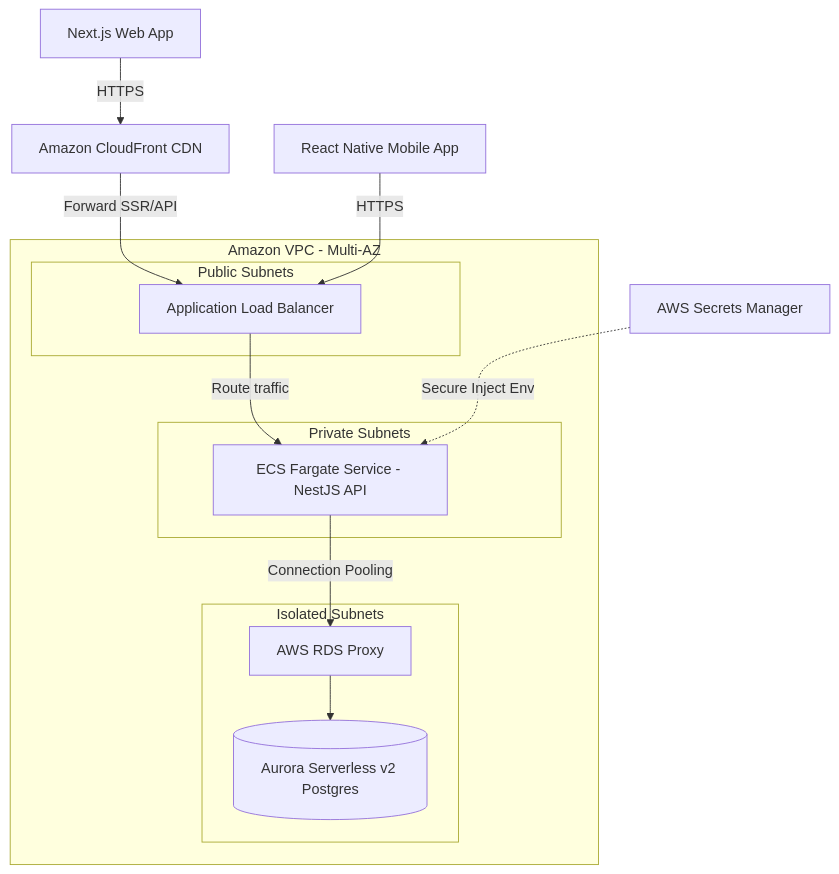
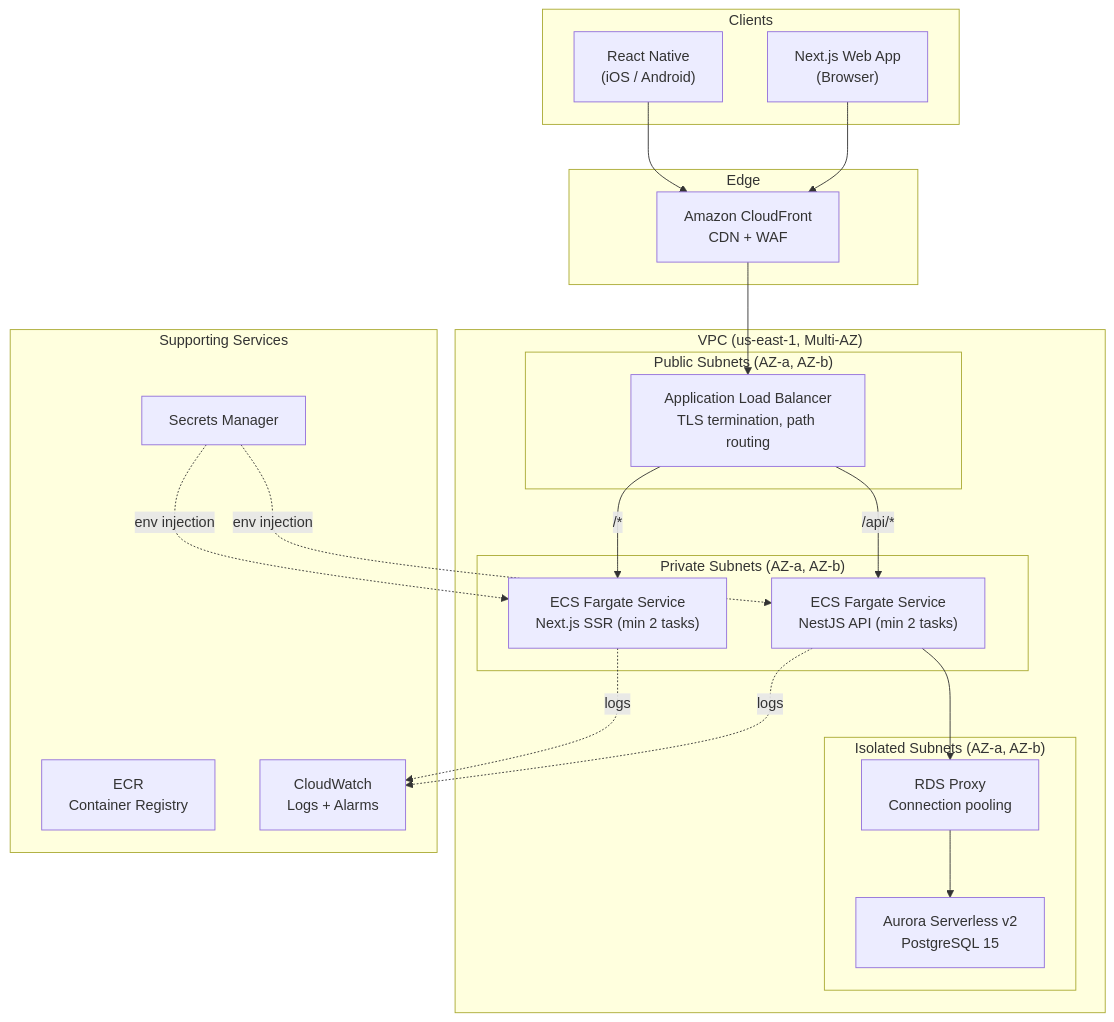
One commit to SupunPushpakumara/CDAZZDEV_Tech_Assessment changed the first of 2 diagrams in ARCHITECTURE.md. Above: the diagram before and after it, drawn with Mermaid. The commit also changed other lines of this file and 1 other file, not shown here.

Commit message:
docs: update project documentation, add architecture decisions, and document database schema enhancements

````diff
--- a/ARCHITECTURE.md
+++ b/ARCHITECTURE.md
@@ -9,27 +9,44 @@
 ```mermaid
 graph TD
-    ClientWeb[Next.js Web App] -->|HTTPS| CloudFront[Amazon CloudFront CDN]
-    CloudFront -->|Forward SSR/API| ALB[Application Load Balancer]
-    ClientMobile[React Native Mobile App] -->|HTTPS| ALB
-    
-    subgraph VPC [Amazon VPC - Multi-AZ]
-        subgraph PublicSubnets [Public Subnets]
-            ALB
+    subgraph Clients
+        Web["Next.js Web App<br/>(Browser)"]
+        Mobile["React Native<br/>(iOS / Android)"]
+    end
+
+    subgraph Edge
+        CF["Amazon CloudFront<br/>CDN + WAF"]
+    end
+
+    subgraph AWS_VPC["VPC (us-east-1, Multi-AZ)"]
+        subgraph Public["Public Subnets (AZ-a, AZ-b)"]
+            ALB["Application Load Balancer<br/>TLS termination, path routing"]
         end
-        
-        subgraph PrivateSubnets [Private Subnets]
-            ECS[ECS Fargate Service - NestJS API]
+
+        subgraph Private["Private Subnets (AZ-a, AZ-b)"]
+            ECS_API["ECS Fargate Service<br/>NestJS API (min 2 tasks)"]
+            ECS_WEB["ECS Fargate Service<br/>Next.js SSR (min 2 tasks)"]
         end
-        
-        subgraph IsolatedSubnets [Isolated Subnets]
-            Aurora[(Aurora Serverless v2 Postgres)]
-            RDSProxy[AWS RDS Proxy]
+
+        subgraph Isolated["Isolated Subnets (AZ-a, AZ-b)"]
+            RDSProxy["RDS Proxy<br/>Connection pooling"]
+            Aurora["Aurora Serverless v2<br/>PostgreSQL 15"]
         end
     end
-    
-    ALB -->|Route traffic| ECS
-    ECS -->|Connection Pooling| RDSProxy
-    RDSProxy --> Aurora
-    
-    Secrets[AWS Secrets Manager] -.->|Secure Inject Env| ECS
+
+    subgraph AWS_Services["Supporting Services"]
+        SM["Secrets Manager"]
+        ECR["ECR<br/>Container Registry"]
+        CW["CloudWatch<br/>Logs + Alarms"]
+    end
+
+    Web --> CF
+    Mobile --> CF
+    CF --> ALB
+    ALB -->|"/api/*"| ECS_API
+    ALB -->|"/*"| ECS_WEB
+    ECS_API --> RDSProxy --> Aurora
+    SM -.->|"env injection"| ECS_API
+    SM -.->|"env injection"| ECS_WEB
+    ECS_API -.->|"logs"| CW
+    ECS_WEB -.->|"logs"| CW
 ```
````
